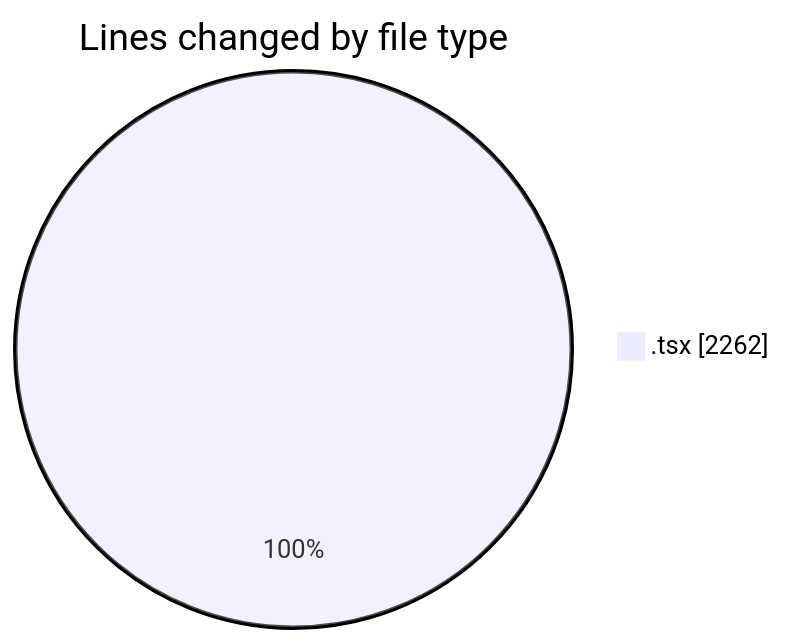
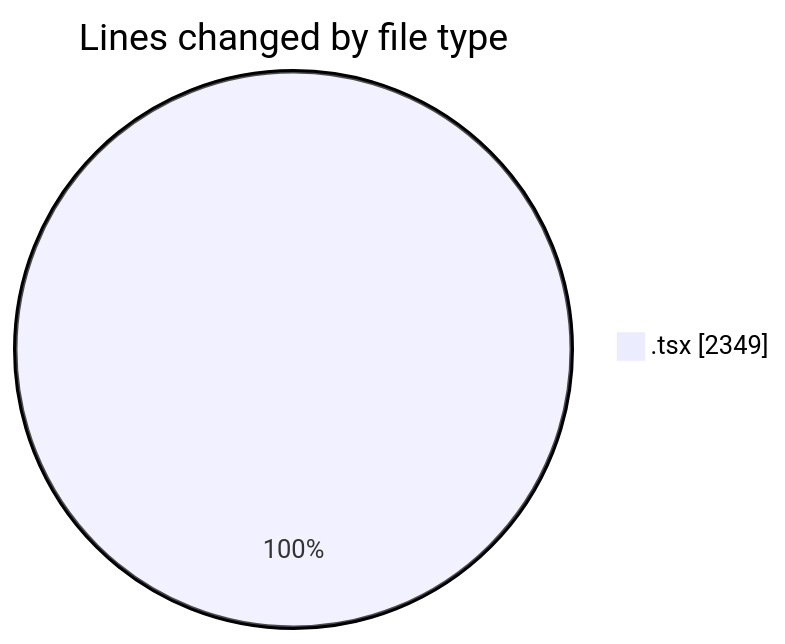
One commit to nxtqubesakshisongat/code-tracking changed the first of 2 diagrams in 2026-06-15/nxtqube_webapp/README.md. Above: the diagram before and after it, drawn with Mermaid. The commit also changed other lines of this file and 1 other file, not shown here.

````diff
--- a/2026-06-15/nxtqube_webapp/README.md
+++ b/2026-06-15/nxtqube_webapp/README.md
@@ -22,5 +22,5 @@
 ```mermaid
 pie showData
 title Lines changed by file type
-".tsx" : 2262
+".tsx" : 2349
 ```
````
